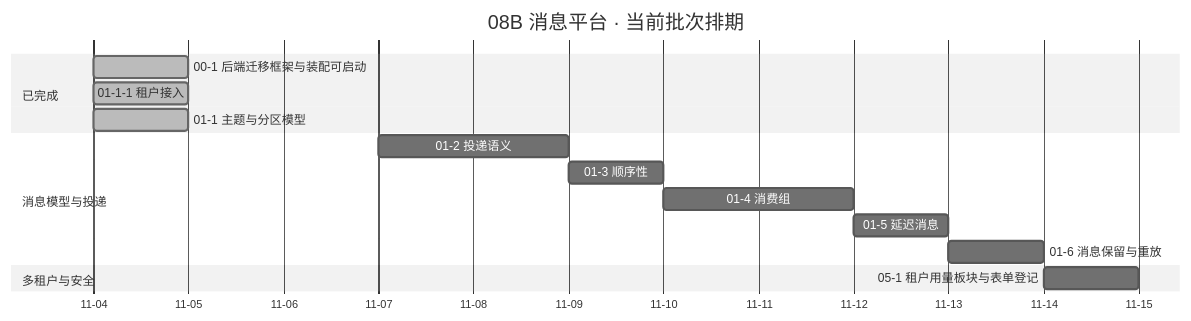
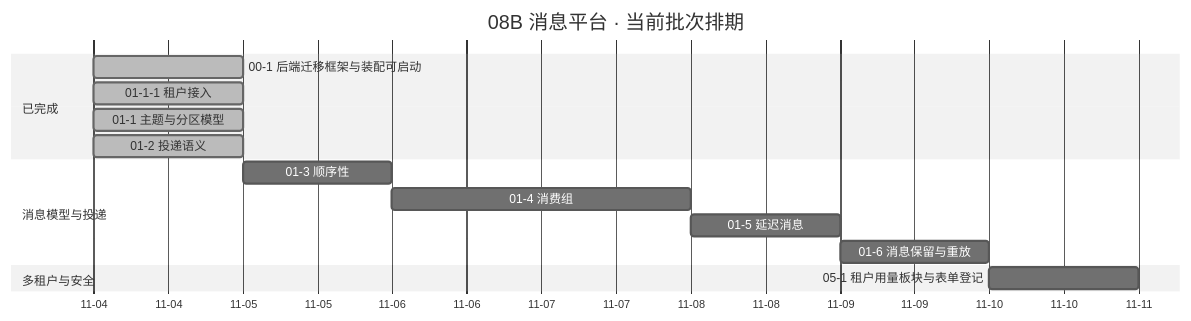
One commit to minjian123/message-platform changed the diagram in msg文档/项目/08B_消息平台/计划/01_计划_消息平台.md. Above: the diagram before and after it, drawn with Mermaid (neutral theme). The commit also changed other lines of this file and 3 other files, not shown here.

````diff
--- a/msg文档/项目/08B_消息平台/计划/01_计划_消息平台.md
+++ b/msg文档/项目/08B_消息平台/计划/01_计划_消息平台.md
@@ -46,18 +46,18 @@
 ```mermaid
 gantt
     title 08B 消息平台 · 当前批次排期
     dateFormat YYYY-MM-DD
     axisFormat %m-%d
     section 已完成
     00-1 后端迁移框架与装配可启动 :done, d001, 2026-11-04, 1d
     01-1-1 租户接入 :done, d0111, 2026-11-04, 1d
     01-1 主题与分区模型 :done, t011, 2026-11-04, 1d
+    01-2 投递语义 :done, t012, 2026-11-04, 1d
     section 消息模型与投递
-    01-2 投递语义 :t012, 2026-11-07, 2d
     01-3 顺序性 :t013, after t012, 1d
     01-4 消费组 :t014, after t013, 2d
     01-5 延迟消息 :t015, after t014, 1d
     01-6 消息保留与重放 :t016, after t015, 1d
     section 多租户与安全
     05-1 租户用量板块与表单登记 :t051, after t016, 1d
 ```
````
